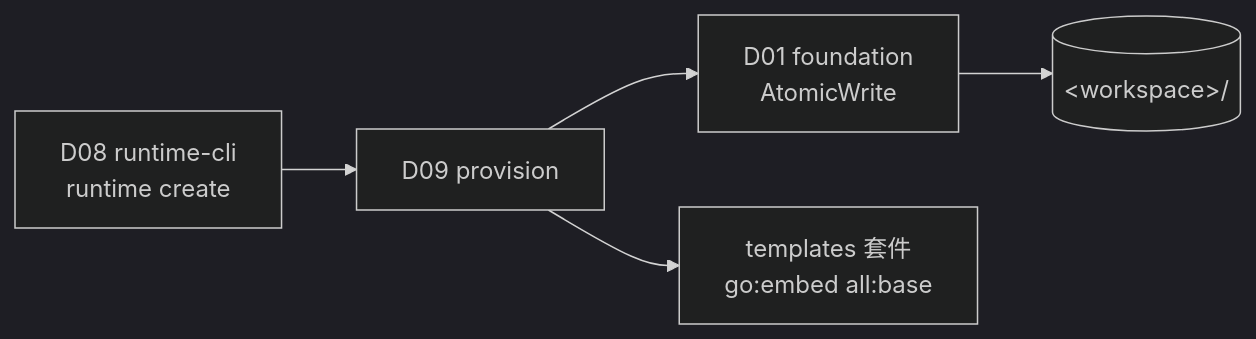
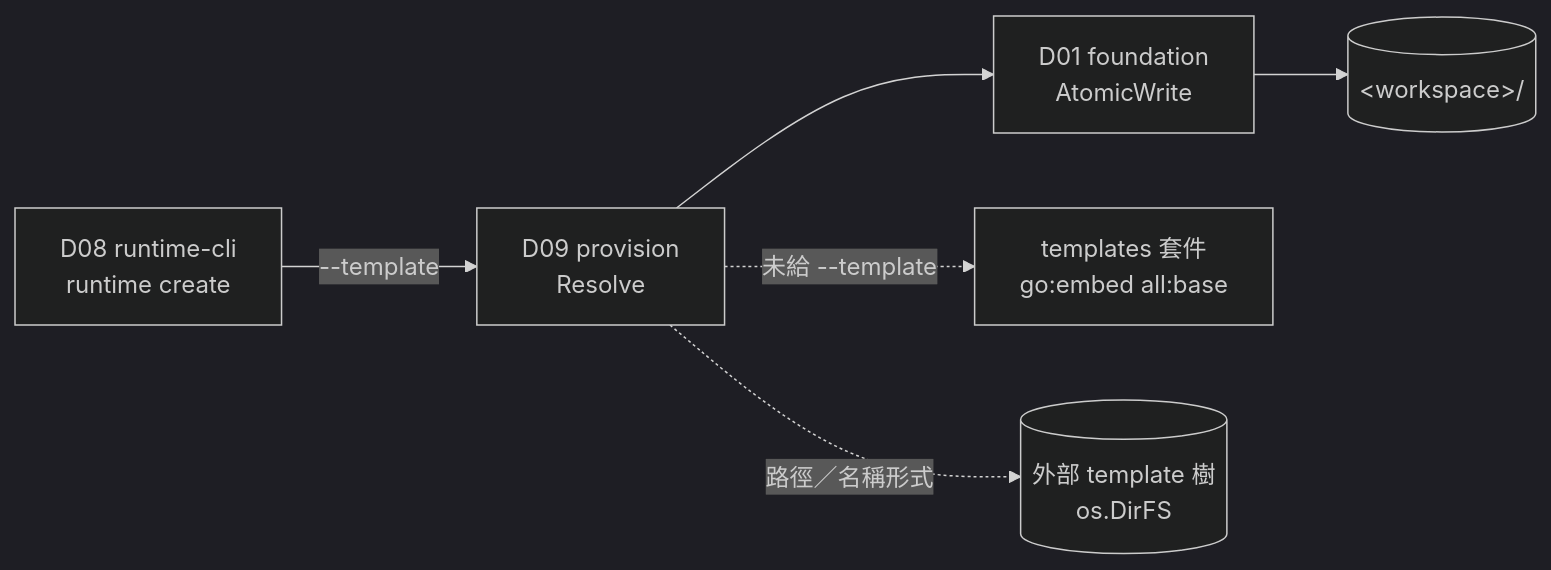
The diagram in docs/designs/D09-provision.md (dccoding1118/gogents), drawn with Mermaid before and after one commit. The commit also changed other lines of this file and 11 other files, not shown here.

````diff
--- a/docs/designs/D09-provision.md
+++ b/docs/designs/D09-provision.md
@@ -18,14 +21,16 @@
 ```mermaid
 %%{init: {'theme':'dark'}}%%
 graph LR
     D08[D08 runtime-cli<br/>runtime create]
-    D09[D09 provision]
+    D09[D09 provision<br/>Resolve]
     D01[D01 foundation<br/>AtomicWrite]
     EMB[templates 套件<br/>go:embed all:base]
+    EXT[(外部 template 樹<br/>os.DirFS)]
     WS[(&lt;workspace&gt;/)]
 
-    D08 --> D09
+    D08 -->|--template| D09
     D09 --> D01
-    D09 --> EMB
+    D09 -.->|未給 --template| EMB
+    D09 -.->|路徑／名稱形式| EXT
     D01 --> WS
 ```
````
